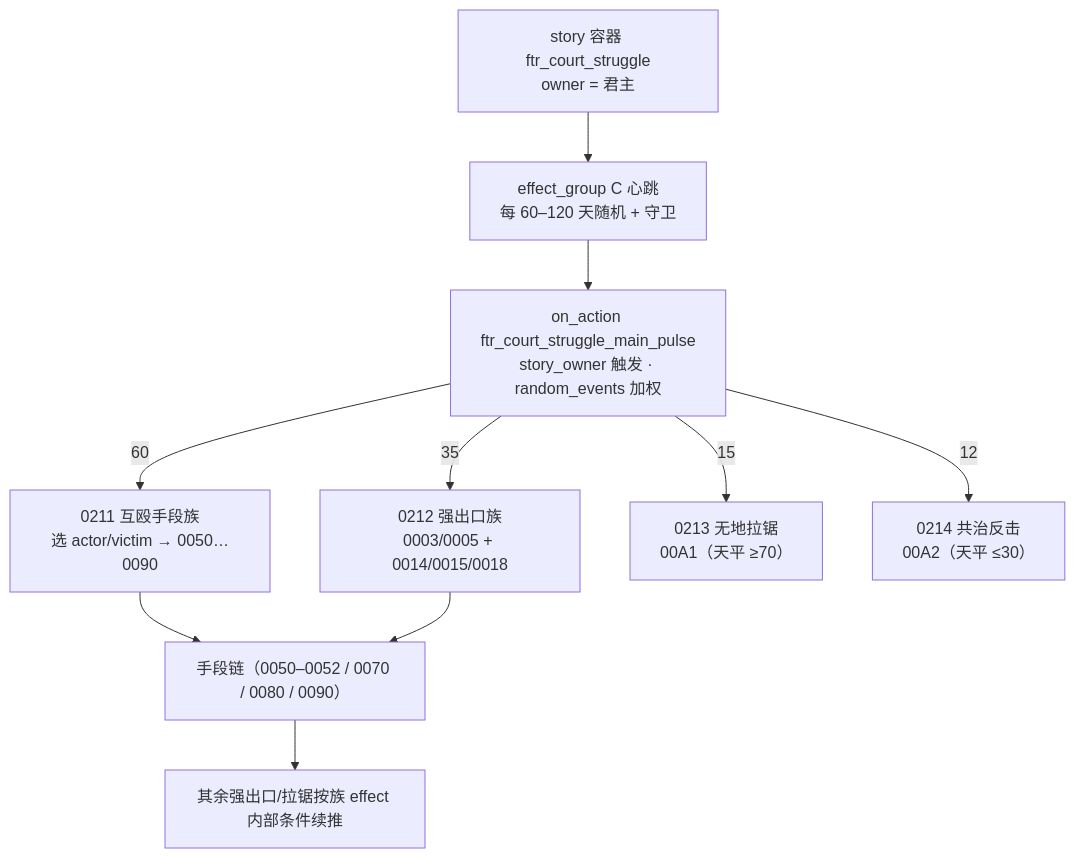
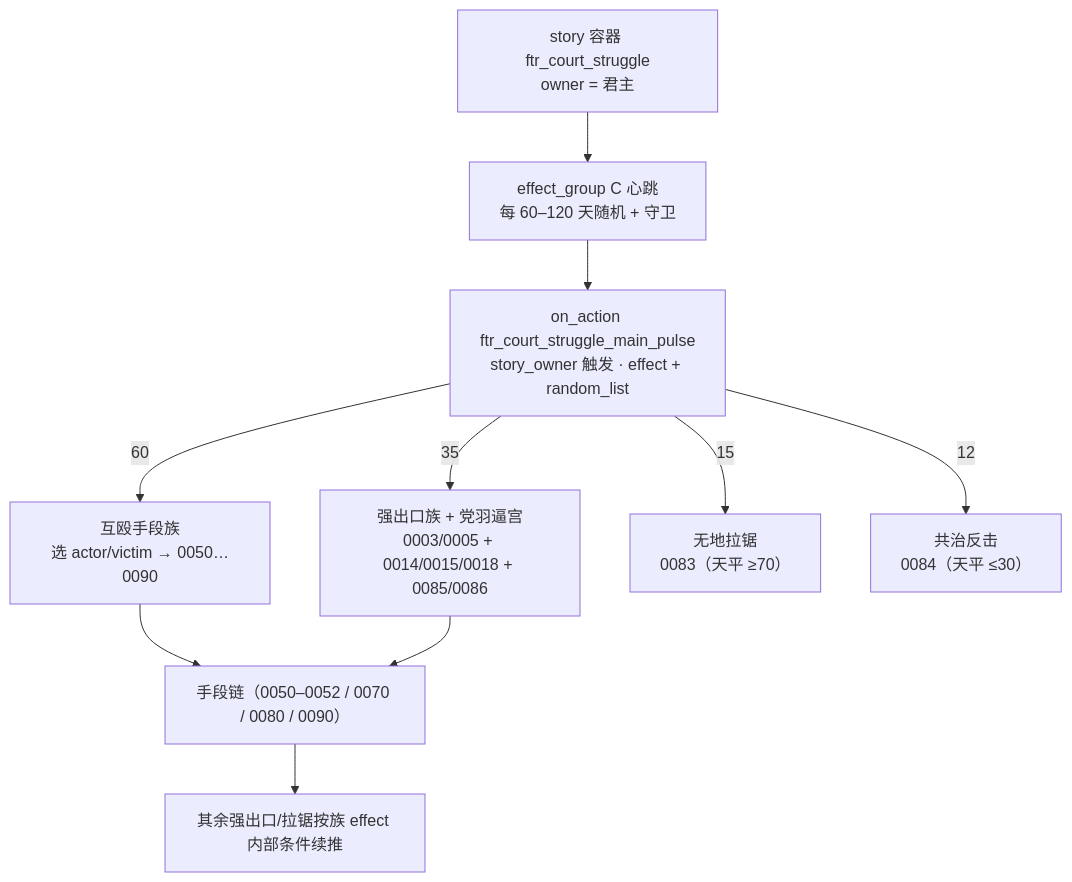
One commit to FeronCompany/ck3_for_the_realm changed the diagram in document/task_design/01-朝堂权力角逐-系统设计.md. Above: the diagram before and after it, drawn with Mermaid. The commit also changed other lines of this file and 36 other files, not shown here.

````diff
--- a/document/task_design/01-朝堂权力角逐-系统设计.md
+++ b/document/task_design/01-朝堂权力角逐-系统设计.md
@@ -201,12 +201,12 @@
 ```mermaid
 flowchart TD
     ST["story 容器 ftr_court_struggle<br/>owner = 君主"] --> EG["effect_group C 心跳<br/>每 60–120 天随机 + 守卫"]
-    EG --> OA["on_action ftr_court_struggle_main_pulse<br/>story_owner 触发 · random_events 加权"]
-    OA -- 60 --> F1["0211 互殴手段族<br/>选 actor/victim → 0050…0090"]
-    OA -- 35 --> F2["0212 强出口族<br/>0003/0005 + 0014/0015/0018"]
-    OA -- 15 --> F3["0213 无地拉锯<br/>00A1（天平 ≥70）"]
-    OA -- 12 --> F4["0214 共治反击<br/>00A2（天平 ≤30）"]
+    EG -->     OA["on_action ftr_court_struggle_main_pulse<br/>story_owner 触发 · effect + random_list"]
+    OA -- 60 --> F1["互殴手段族<br/>选 actor/victim → 0050…0090"]
+    OA -- 35 --> F2["强出口族 + 党羽逼宫<br/>0003/0005 + 0014/0015/0018 + 0085/0086"]
+    OA -- 15 --> F3["无地拉锯<br/>0083（天平 ≥70）"]
+    OA -- 12 --> F4["共治反击<br/>0084（天平 ≤30）"]
     F1 --> D["手段链（0050–0052 / 0070 / 0080 / 0090）"]
     F2 --> D
     D --> R["其余强出口/拉锯按族 effect 内部条件续推"]
 ```
````
